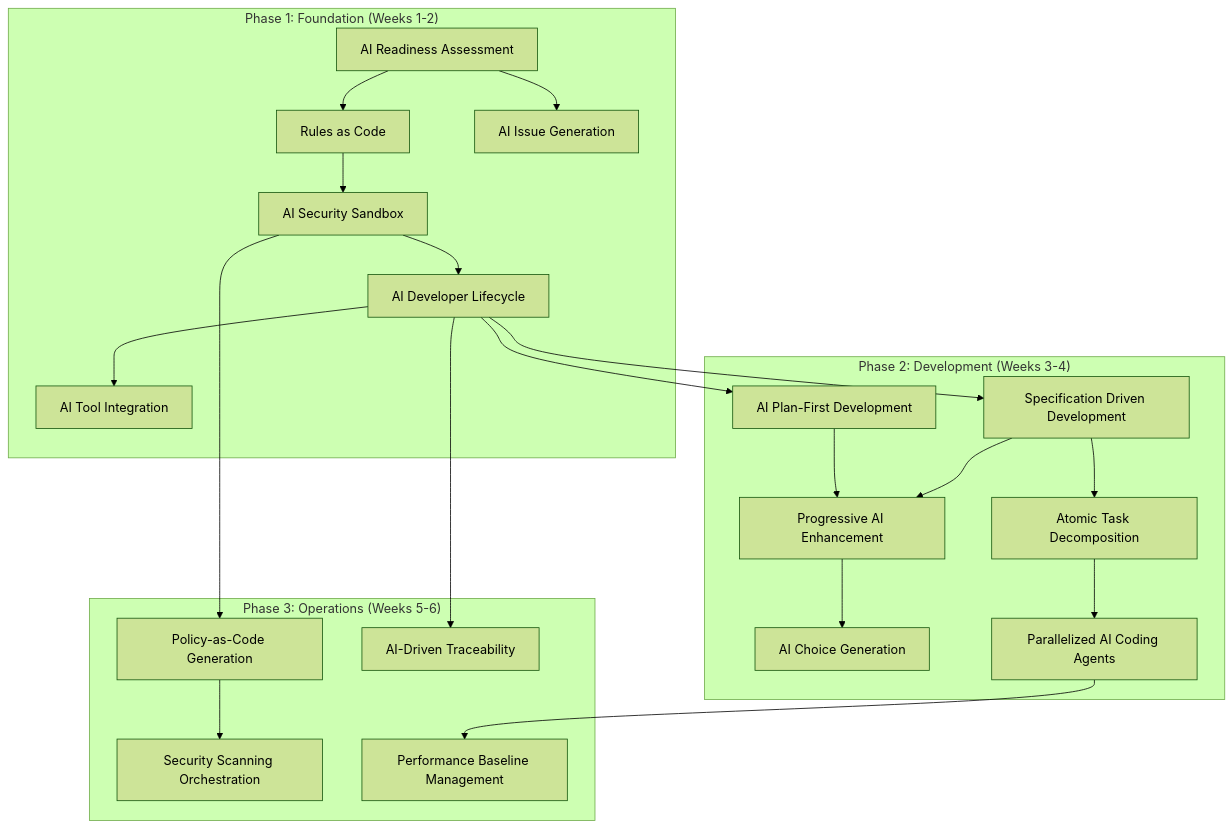
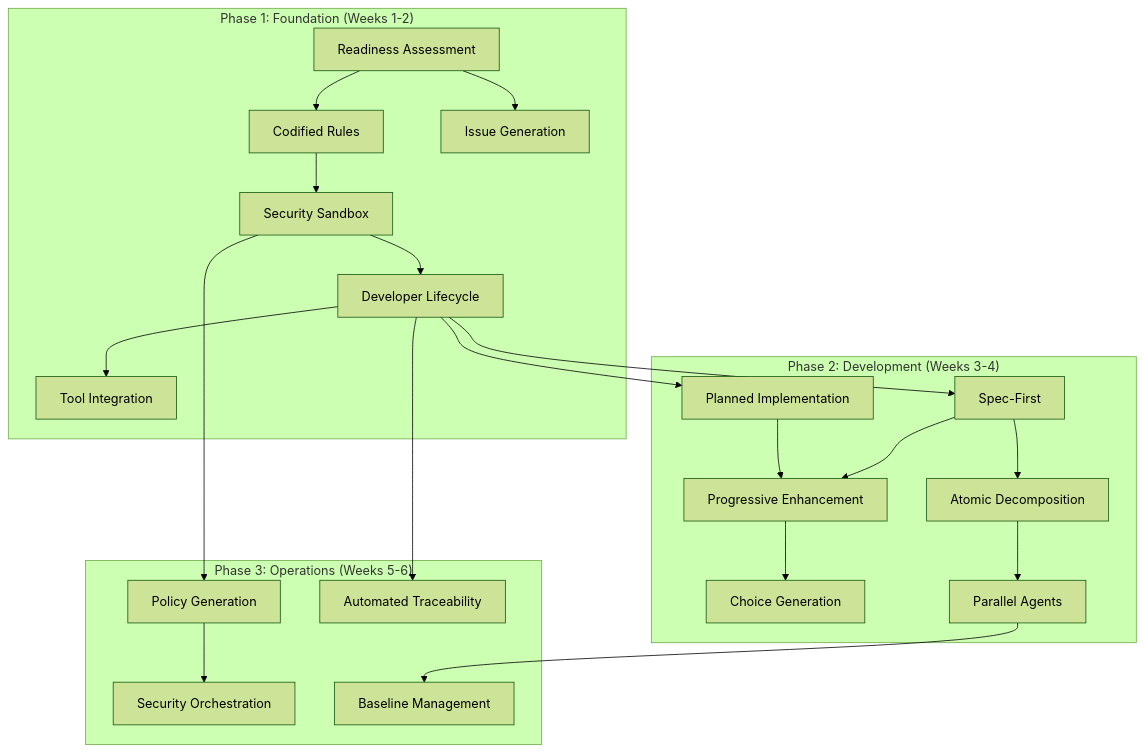
Before and after one commit to PaulDuvall/ai-development-patterns: the first of 11 diagrams in README.md, drawn with Mermaid (forest theme). The commit also changed other lines of this file and 140 other files, not shown here.

````diff
--- a/README.md
+++ b/README.md
@@ -25,27 +25,27 @@
 ```mermaid
 graph TD
     subgraph "Phase 1: Foundation (Weeks 1-2)"
-        A[AI Readiness Assessment] --> B[Rules as Code]
-        B --> C[AI Security Sandbox]
-        C --> D[AI Developer Lifecycle]
-        A --> E[AI Issue Generation]
-        D --> F[AI Tool Integration]
+        A[Readiness Assessment] --> B[Codified Rules]
+        B --> C[Security Sandbox]
+        C --> D[Developer Lifecycle]
+        A --> E[Issue Generation]
+        D --> F[Tool Integration]
     end
-    
+
     subgraph "Phase 2: Development (Weeks 3-4)"
-        D --> G[Specification Driven Development]
-        D --> H[AI Plan-First Development]
-        G --> I[Progressive AI Enhancement]
+        D --> G[Spec-First]
+        D --> H[Planned Implementation]
+        G --> I[Progressive Enhancement]
         H --> I
-        I --> J[AI Choice Generation]
-        G --> K[Atomic Task Decomposition]
-        K --> L[Parallelized AI Coding Agents]
+        I --> J[Choice Generation]
+        G --> K[Atomic Decomposition]
+        K --> L[Parallel Agents]
     end
-    
+
     subgraph "Phase 3: Operations (Weeks 5-6)"
-        C --> M[Policy-as-Code Generation]
-        M --> N[Security Scanning Orchestration]
-        L --> O[Performance Baseline Management]
-        D --> P[AI-Driven Traceability]
+        C --> M[Policy Generation]
+        M --> N[Security Orchestration]
+        L --> O[Baseline Management]
+        D --> P[Automated Traceability]
     end
 ```
````
